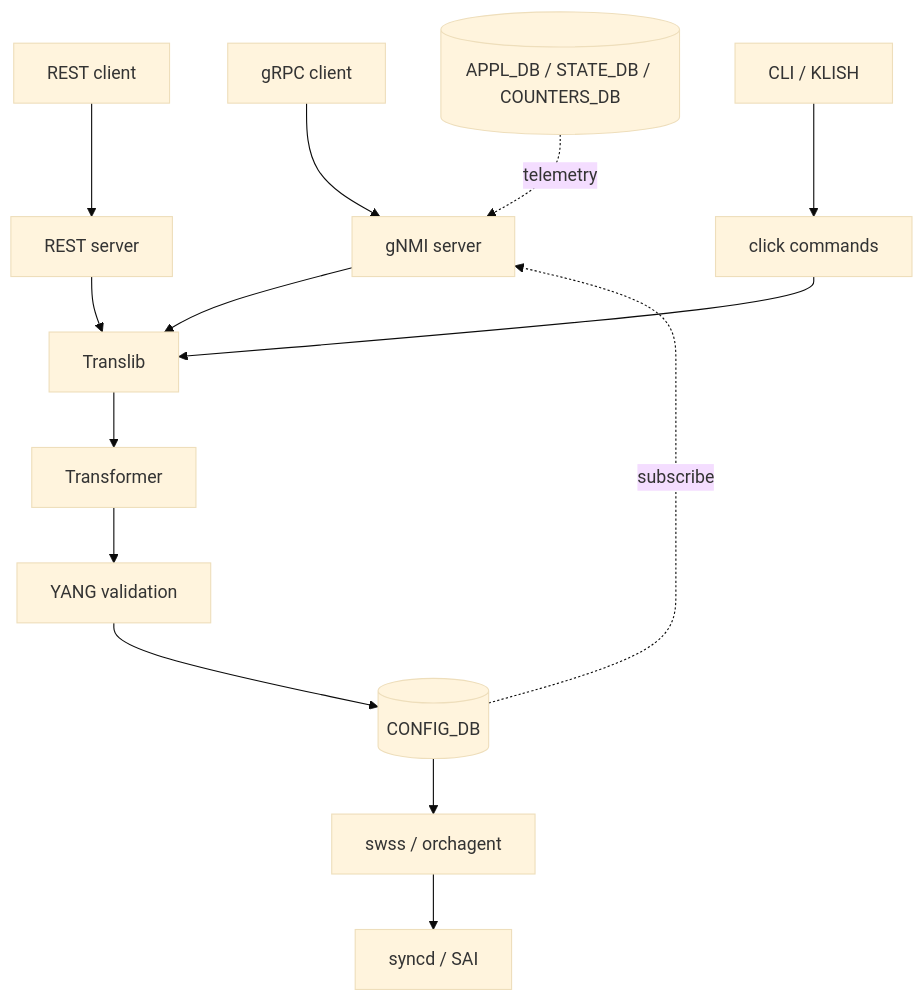
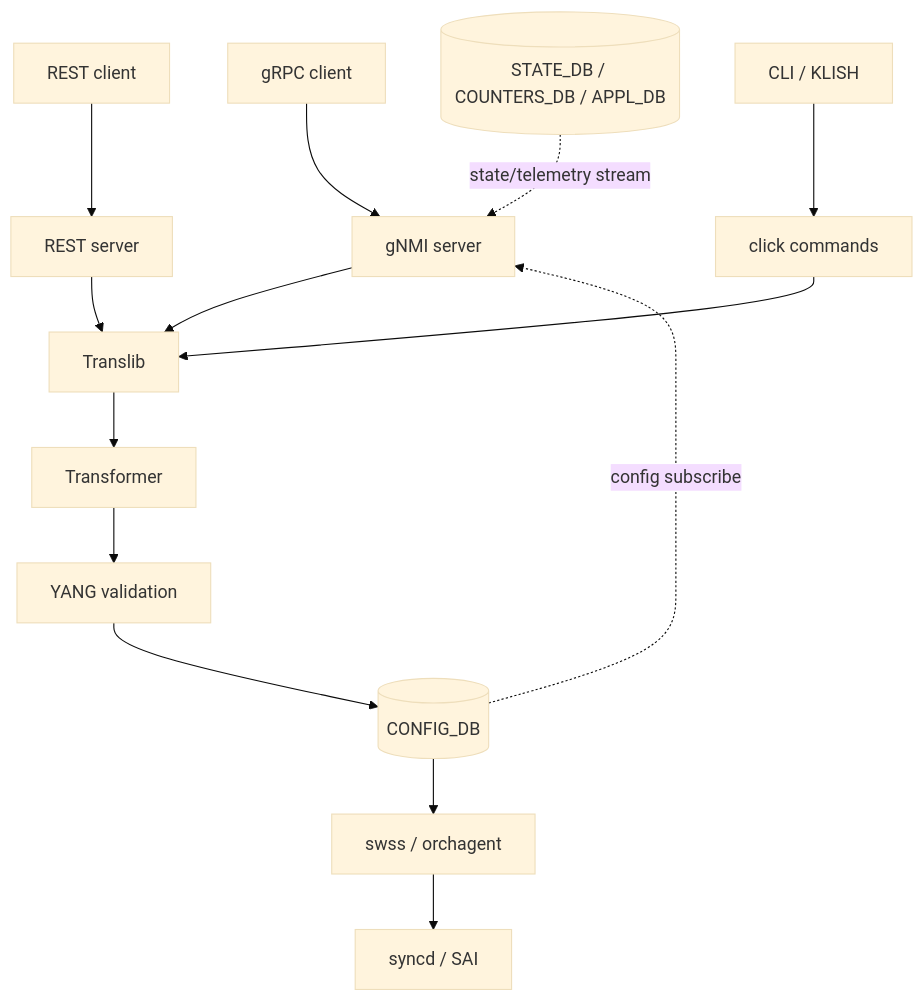
The diagram in docs/topics/10-gnmi-openconfig/architecture.md (aoki-taquan/sonic-unofficial-docs), drawn with Mermaid (base theme) before and after one commit. The commit also changed other lines of this file and 1 other file, not shown here.

First line of the commit message:
fix(quality): deep rewrite docs/topics/10-gnmi-openconfig/architecture.md (#5132)

````diff
--- a/docs/topics/10-gnmi-openconfig/architecture.md
+++ b/docs/topics/10-gnmi-openconfig/architecture.md
@@ -26,16 +35,16 @@
 ```mermaid
 graph TD
   C1[gRPC client] --> G[gNMI server]
   C2[REST client] --> R[REST server]
   C3[CLI / KLISH] --> CL[click commands]
   G --> T[Translib]
   R --> T
   CL --> T
   T --> TF[Transformer]
   TF --> Y[YANG validation]
   Y --> CDB[(CONFIG_DB)]
   CDB --> SWSS[swss / orchagent]
   SWSS --> SAI[syncd / SAI]
-  CDB -.subscribe.-> G
-  APPL[(APPL_DB / STATE_DB / COUNTERS_DB)] -.telemetry.-> G
+  CDB -.config subscribe.-> G
+  APPL[(STATE_DB / COUNTERS_DB / APPL_DB)] -.state/telemetry stream.-> G
 ```
````
